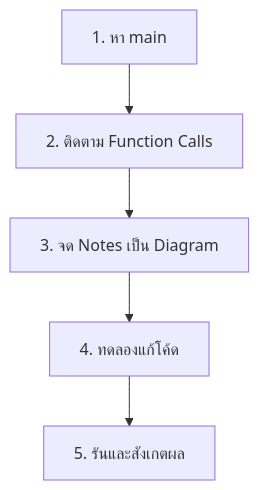
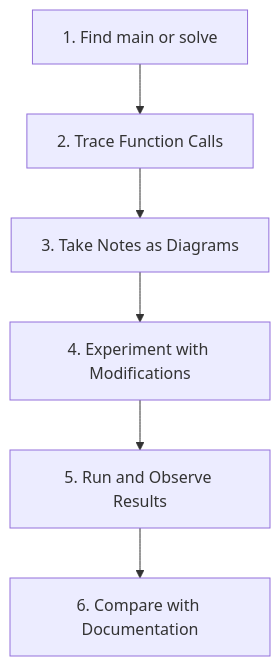
Before and after one commit to wramet/build-my-cfd: the diagram in MODULE_10_CFD_ENGINE_DEVELOPMENT/CONTENT/01_CODE_ANATOMY/00_Overview.md, drawn with Mermaid. The commit also changed other lines of this file and 203 other files, not shown here.

````diff
--- a/MODULE_10_CFD_ENGINE_DEVELOPMENT/CONTENT/01_CODE_ANATOMY/00_Overview.md
+++ b/MODULE_10_CFD_ENGINE_DEVELOPMENT/CONTENT/01_CODE_ANATOMY/00_Overview.md
@@ -24,7 +58,8 @@
 ```mermaid
 flowchart TD
-    A[1. หา main] --> B[2. ติดตาม Function Calls]
-    B --> C[3. จด Notes เป็น Diagram]
-    C --> D[4. ทดลองแก้โค้ด]
-    D --> E[5. รันและสังเกตผล]
+    A[1. Find main or solve] --> B[2. Trace Function Calls]
+    B --> C[3. Take Notes as Diagrams]
+    C --> D[4. Experiment with Modifications]
+    D --> E[5. Run and Observe Results]
+    E --> F[6. Compare with Documentation]
 ```
````
